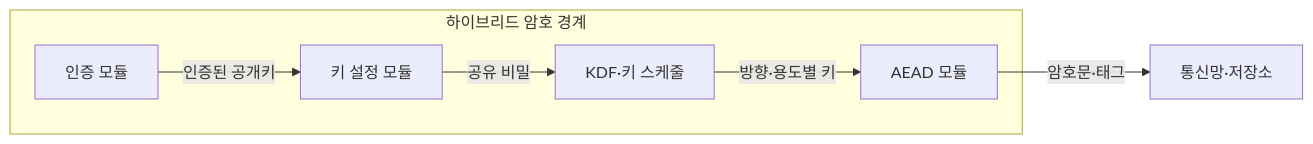
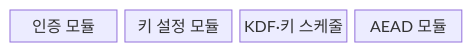
The first of 2 diagrams in src/content/docs/notes/05-security/003_hybrid_cryptography.md (agnusdei1207/knowledge-base), drawn with Mermaid before and after one commit. The commit also changed other lines of this file and 22 other files, not shown here.

````diff
--- a/src/content/docs/notes/05-security/003_hybrid_cryptography.md
+++ b/src/content/docs/notes/05-security/003_hybrid_cryptography.md
@@ -60,13 +62,8 @@
 ```mermaid
-flowchart LR
-    subgraph H["하이브리드 암호 경계"]
-        A["인증 모듈"]
-        K["키 설정 모듈"]
-        D["KDF·키 스케줄"]
-        E["AEAD 모듈"]
-        A -->|"인증된 공개키"| K
-        K -->|"공유 비밀"| D
-        D -->|"방향·용도별 키"| E
-    end
-    E -->|"암호문·태그"| N["통신망·저장소"]
+block-beta
+    columns 4
+    A["인증 모듈"]
+    B["키 설정 모듈"]
+    C["KDF·키 스케줄"]
+    D["AEAD 모듈"]
 ```
````
